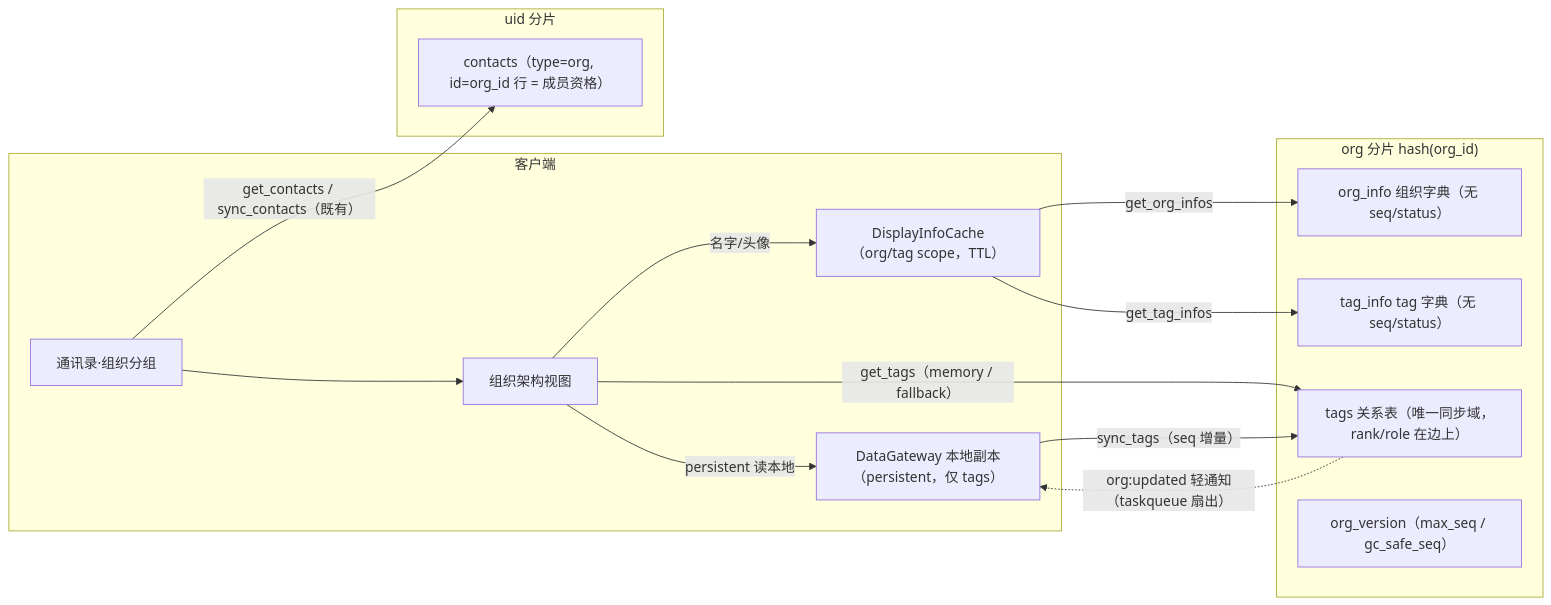
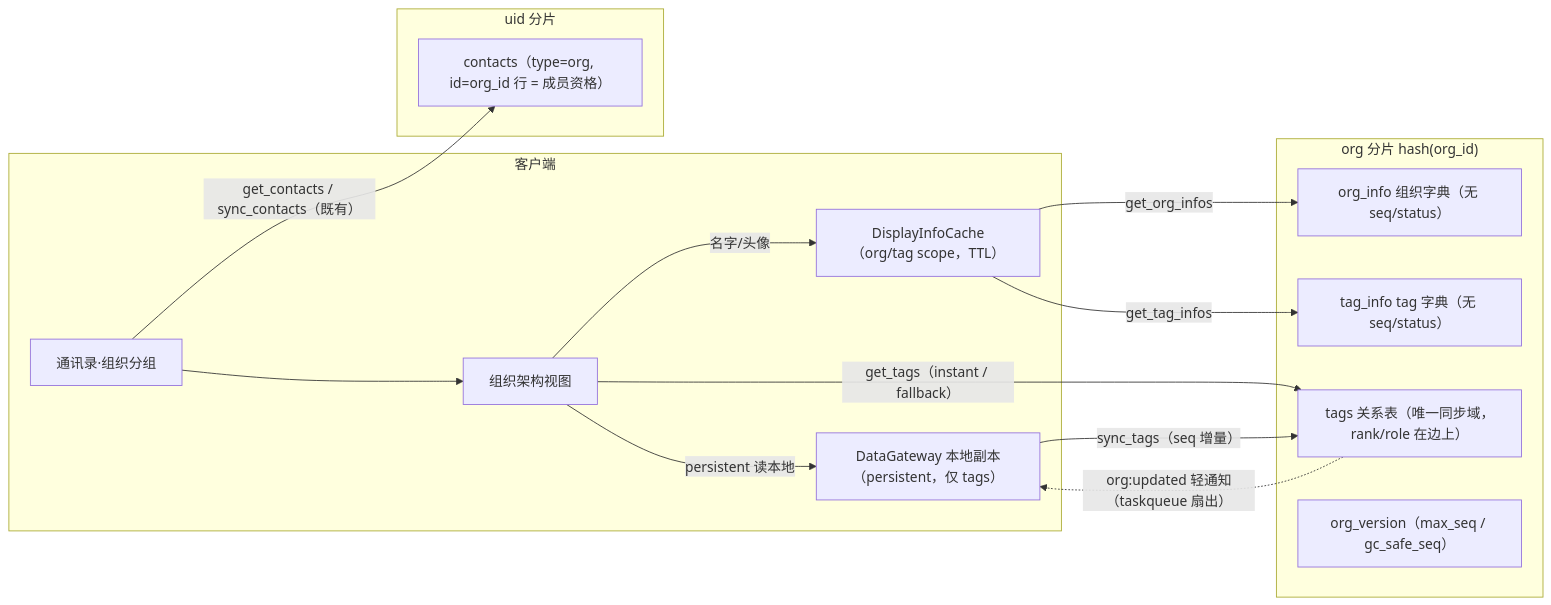
One commit to dacez/yimsg changed the first of 2 diagrams in docs/server/组织架构方案.md. Above: the diagram before and after it, drawn with Mermaid. The commit also changed other lines of this file and 22 other files, not shown here.

````diff
--- a/docs/server/组织架构方案.md
+++ b/docs/server/组织架构方案.md
@@ -116,25 +116,25 @@
 ```mermaid
 flowchart LR
     subgraph client[客户端]
         UI[通讯录·组织分组] --> View[组织架构视图]
         Cache["DisplayInfoCache（org/tag scope，TTL）"]
         DG["DataGateway 本地副本（persistent，仅 tags）"]
         View -- persistent 读本地 --> DG
         View -- 名字/头像 --> Cache
     end
     subgraph uidShard[uid 分片]
         CT["contacts（type=org, id=org_id 行 = 成员资格）"]
     end
     subgraph orgShard["org 分片 hash(org_id)"]
         OI["org_info 组织字典（无 seq/status）"]
         TI["tag_info tag 字典（无 seq/status）"]
         TG["tags 关系表（唯一同步域，rank/role 在边上）"]
         OV["org_version（max_seq / gc_safe_seq）"]
     end
     UI -- "get_contacts / sync_contacts（既有）" --> CT
     Cache -- get_org_infos --> OI
     Cache -- get_tag_infos --> TI
-    View -- "get_tags（memory / fallback）" --> TG
+    View -- "get_tags（instant / fallback）" --> TG
     DG -- "sync_tags（seq 增量）" --> TG
     TG -. "org:updated 轻通知（taskqueue 扇出）" .-> DG
 ```
````
